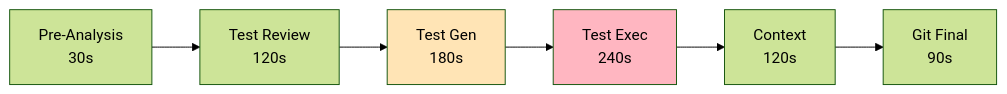
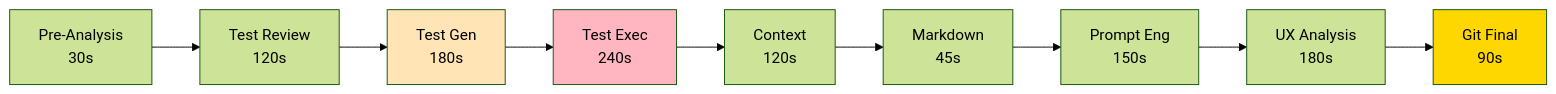
Before and after one commit to mpbarbosa/ai_workflow: the third of 18 diagrams in docs/reference/workflow-diagrams.md, drawn with Mermaid (forest theme). The commit also changed other lines of this file and 448 other files, not shown here.

````diff
--- a/docs/reference/workflow-diagrams.md
+++ b/docs/reference/workflow-diagrams.md
@@ -125,11 +136,15 @@
 ```mermaid
 graph LR
     Step0[Pre-Analysis<br/>30s] --> Step5[Test Review<br/>120s]
     Step5 --> Step6[Test Gen<br/>180s]
     Step6 --> Step7[Test Exec<br/>240s]
     Step7 --> Step10[Context<br/>120s]
-    Step10 --> Step11[Git Final<br/>90s]
+    Step10 --> Step12[Markdown<br/>45s]
+    Step12 --> Step13[Prompt Eng<br/>150s]
+    Step13 --> Step14[UX Analysis<br/>180s]
+    Step14 --> Step11[Git Final<br/>90s]
     
     style Step7 fill:#FFB6C1
     style Step6 fill:#FFE4B5
+    style Step11 fill:#FFD700
 ```
````
